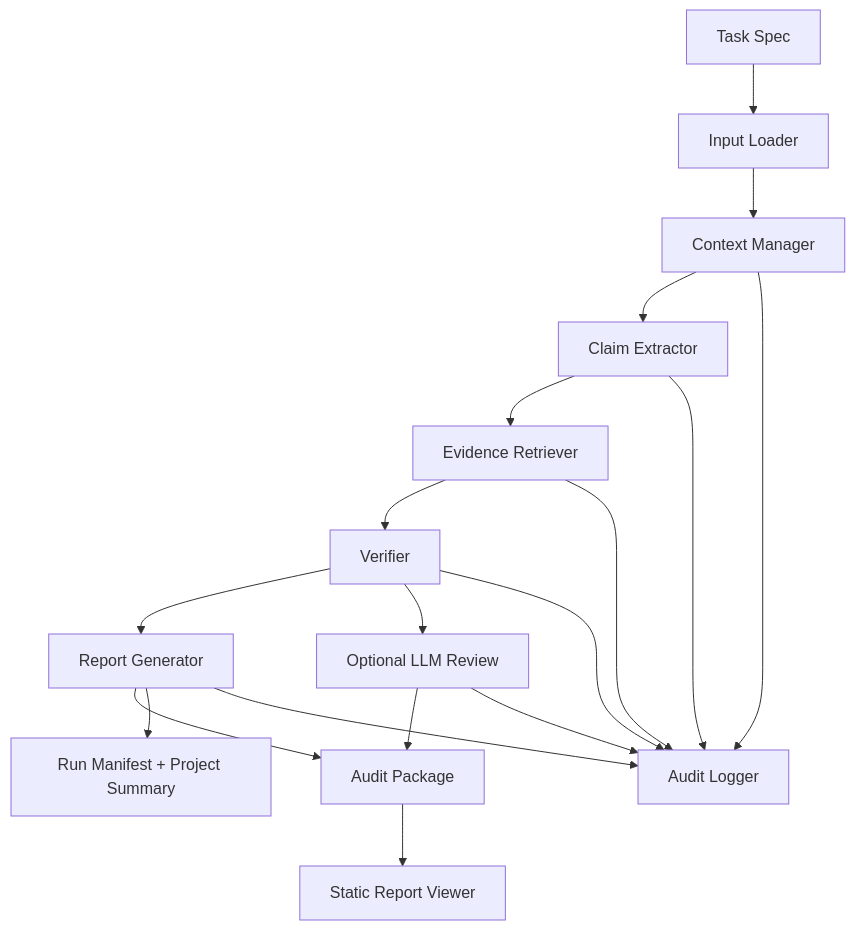
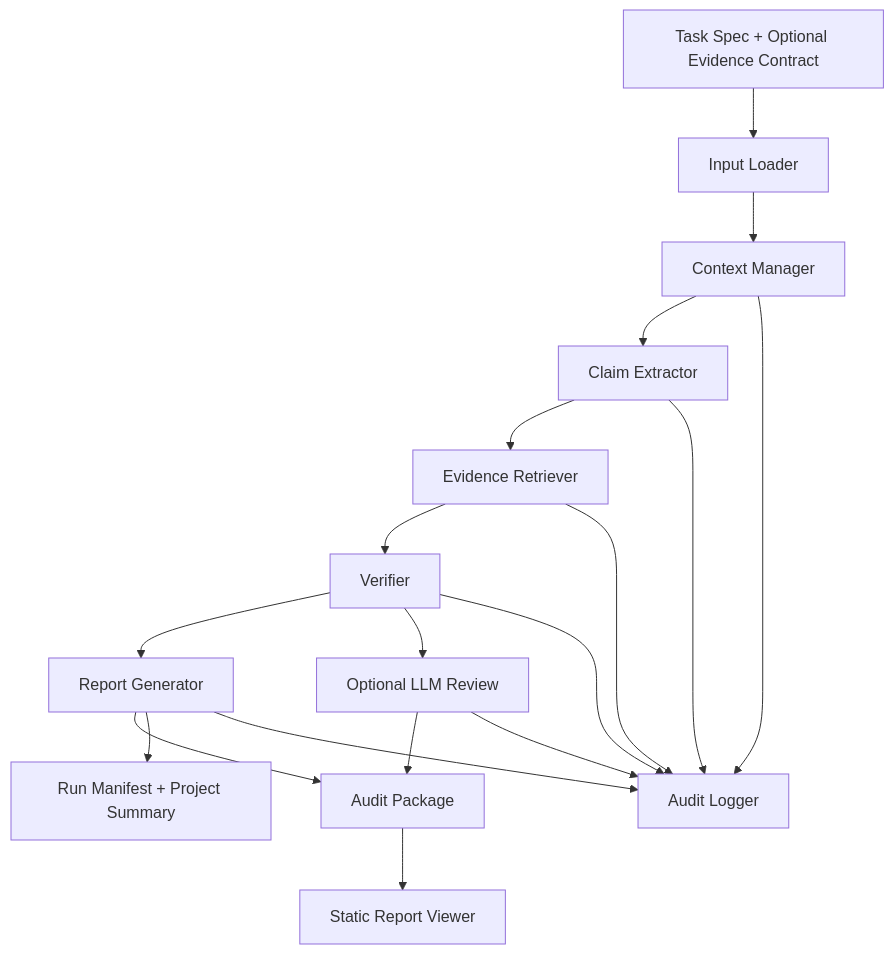
One commit to RubyYii/ClaimHarness changed the diagram in docs/architecture.md. Above: the diagram before and after it, drawn with Mermaid. The commit also changed other lines of this file and 86 other files, not shown here.

````diff
--- a/docs/architecture.md
+++ b/docs/architecture.md
@@ -7,20 +7,20 @@
 ```mermaid
 flowchart TD
-    A["Task Spec"] --> B["Input Loader"]
+    A["Task Spec + Optional Evidence Contract"] --> B["Input Loader"]
     B --> C["Context Manager"]
     C --> D["Claim Extractor"]
     D --> E["Evidence Retriever"]
     E --> F["Verifier"]
     F --> G["Report Generator"]
     G --> H["Audit Package"]
     G --> L["Run Manifest + Project Summary"]
     F --> J["Optional LLM Review"]
     J --> H
     H --> K["Static Report Viewer"]
     C --> I["Audit Logger"]
     D --> I
     E --> I
     F --> I
     G --> I
     J --> I
 ```
````
